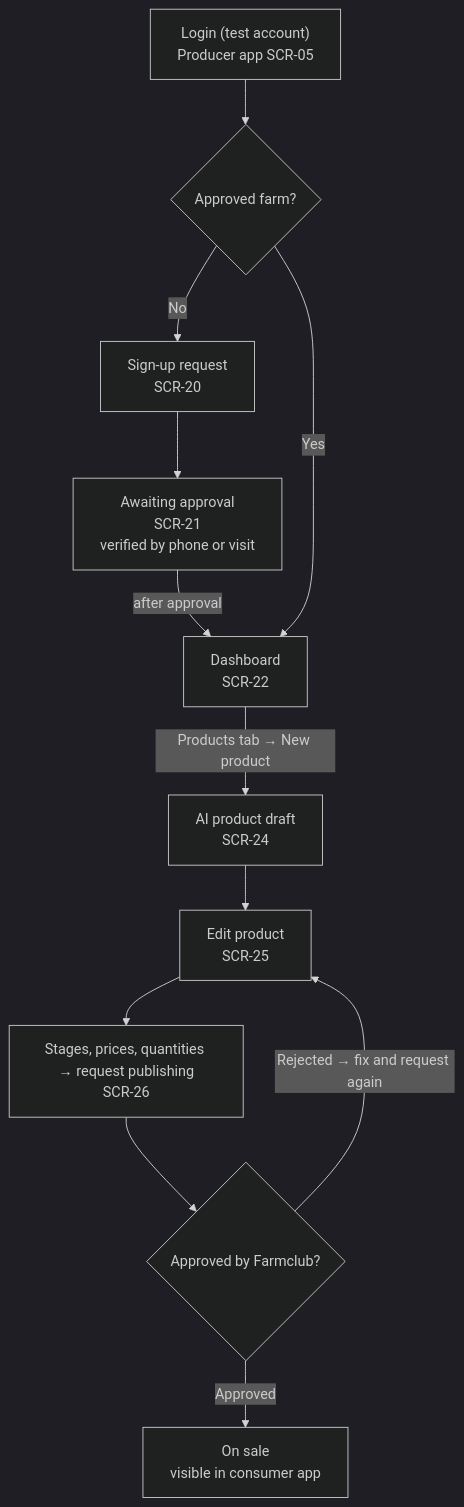
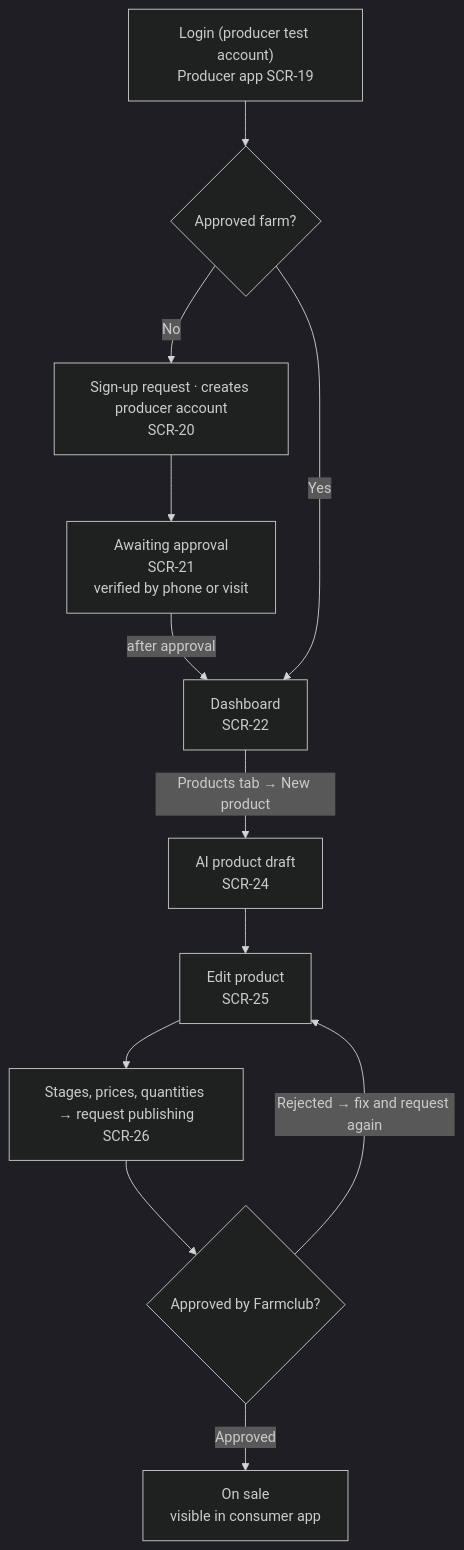
The third of 5 diagrams in docs/wiki/Design-Documentation.md (snuhcs-course/swpp-2026-project-team-06), drawn with Mermaid (dark theme) before and after one commit. The commit also changed other lines of this file and 1 other file, not shown here.

````diff
--- a/docs/wiki/Design-Documentation.md
+++ b/docs/wiki/Design-Documentation.md
@@ -144,11 +163,11 @@
 ```mermaid
 flowchart TD
-  a["Login (test account)<br/>Producer app SCR-05"] --> d1{"Approved farm?"}
-  d1 -- No --> b["Sign-up request<br/>SCR-20"] --> c["Awaiting approval<br/>SCR-21<br/>verified by phone or visit"]
+  a["Login (producer test account)<br/>Producer app SCR-19"] --> d1{"Approved farm?"}
+  d1 -- No --> b["Sign-up request · creates producer account<br/>SCR-20"] --> c["Awaiting approval<br/>SCR-21<br/>verified by phone or visit"]
   c -- after approval --> h["Dashboard<br/>SCR-22"]
   d1 -- Yes --> h
   h -- Products tab → New product --> dr["AI product draft<br/>SCR-24"] --> ed["Edit product<br/>SCR-25"] --> st["Stages, prices, quantities → request publishing<br/>SCR-26"]
   st --> d2{"Approved by Farmclub?"}
   d2 -- Rejected → fix and request again --> ed
   d2 -- Approved --> live["On sale<br/>visible in consumer app"]
 ```
````
